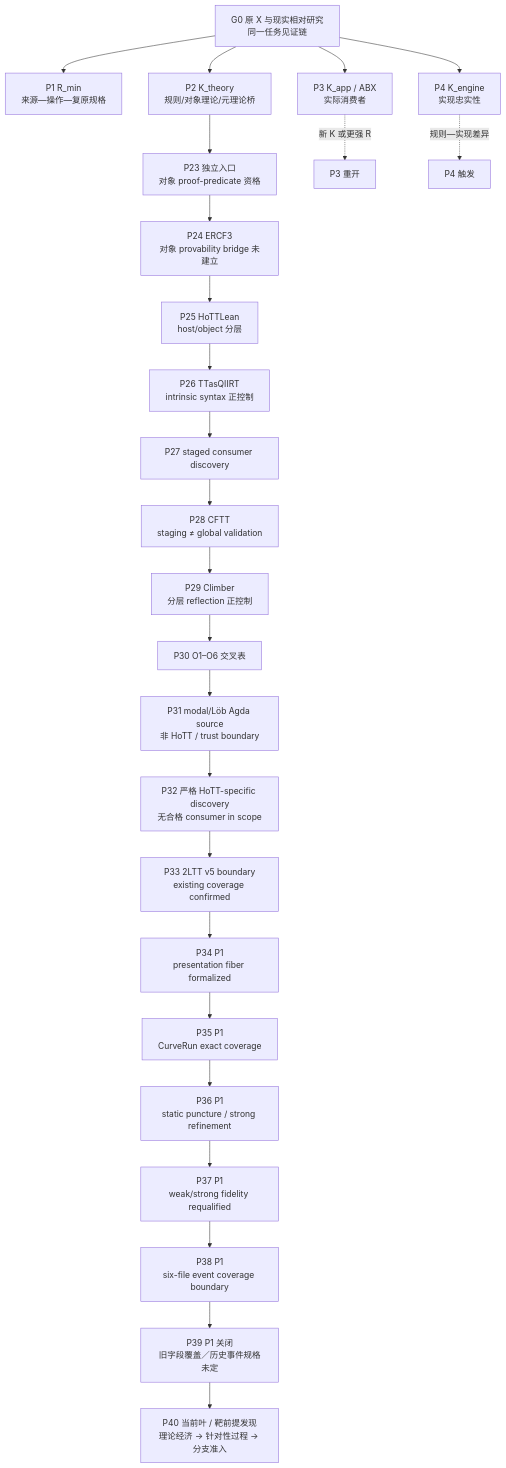
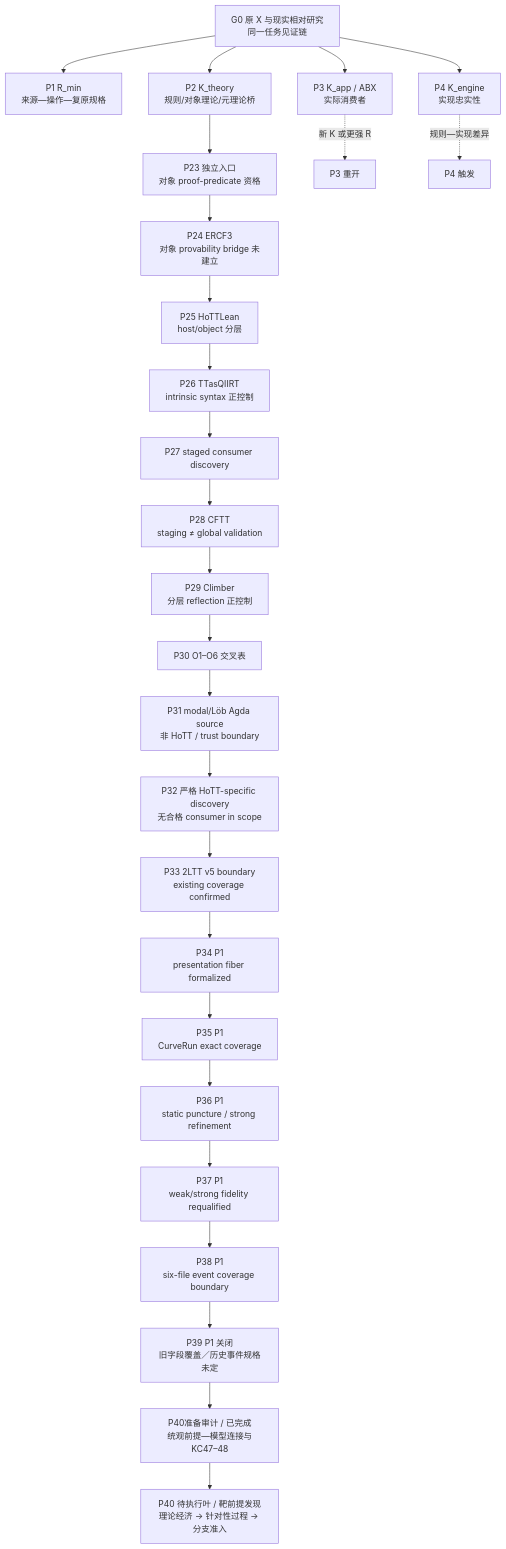
One commit to math-fournity/HoTT-Paradoxy changed the diagram in goal-3-工作路径树/001 - 原初目标与当前工作树.md. Above: the diagram before and after it, drawn with Mermaid. The commit also changed other lines of this file and 6 other files, not shown here.

````diff
--- a/goal-3-工作路径树/001 - 原初目标与当前工作树.md
+++ b/goal-3-工作路径树/001 - 原初目标与当前工作树.md
@@ -38,28 +38,29 @@
 ```mermaid
 flowchart TD
   G0["G0 原 X 与现实相对研究\n同一任务见证链"]
   G0 --> P1["P1 R_min\n来源—操作—复原规格"]
   G0 --> P2["P2 K_theory\n规则/对象理论/元理论桥"]
   G0 --> P3["P3 K_app / ABX\n实际消费者"]
   G0 --> P4["P4 K_engine\n实现忠实性"]
   P2 --> P23["P23 独立入口\n对象 proof-predicate 资格"]
   P23 --> P24["P24 ERCF3\n对象 provability bridge 未建立"]
   P24 --> P25["P25 HoTTLean\nhost/object 分层"]
   P25 --> P26["P26 TTasQIIRT\nintrinsic syntax 正控制"]
   P26 --> P27["P27 staged consumer discovery"]
   P27 --> P28["P28 CFTT\nstaging ≠ global validation"]
   P28 --> P29["P29 Climber\n分层 reflection 正控制"]
   P29 --> P30["P30 O1–O6 交叉表"]
   P30 --> P31["P31 modal/Löb Agda source\n非 HoTT / trust boundary"]
   P31 --> P32["P32 严格 HoTT-specific discovery\n无合格 consumer in scope"]
   P32 --> P33["P33 2LTT v5 boundary\nexisting coverage confirmed"]
   P33 --> P34["P34 P1\npresentation fiber formalized"]
   P34 --> P35["P35 P1\nCurveRun exact coverage"]
   P35 --> P36["P36 P1\nstatic puncture / strong refinement"]
   P36 --> P37["P37 P1\nweak/strong fidelity requalified"]
   P37 --> P38["P38 P1\nsix-file event coverage boundary"]
   P38 --> P39["P39 P1 关闭\n旧字段覆盖／历史事件规格未定"]
-  P39 --> P40["P40 当前叶 / 靶前提发现\n理论经济 → 针对性过程 → 分支准入"]
+  P39 --> P40A["P40准备审计 / 已完成\n统观前提—模型连接与KC47–48"]
+  P40A --> P40["P40 待执行叶 / 靶前提发现\n理论经济 → 针对性过程 → 分支准入"]
   P3 -. "新 K 或更强 R" .-> P3R["P3 重开"]
   P4 -. "规则—实现差异" .-> P4R["P4 触发"]
 ```
````
